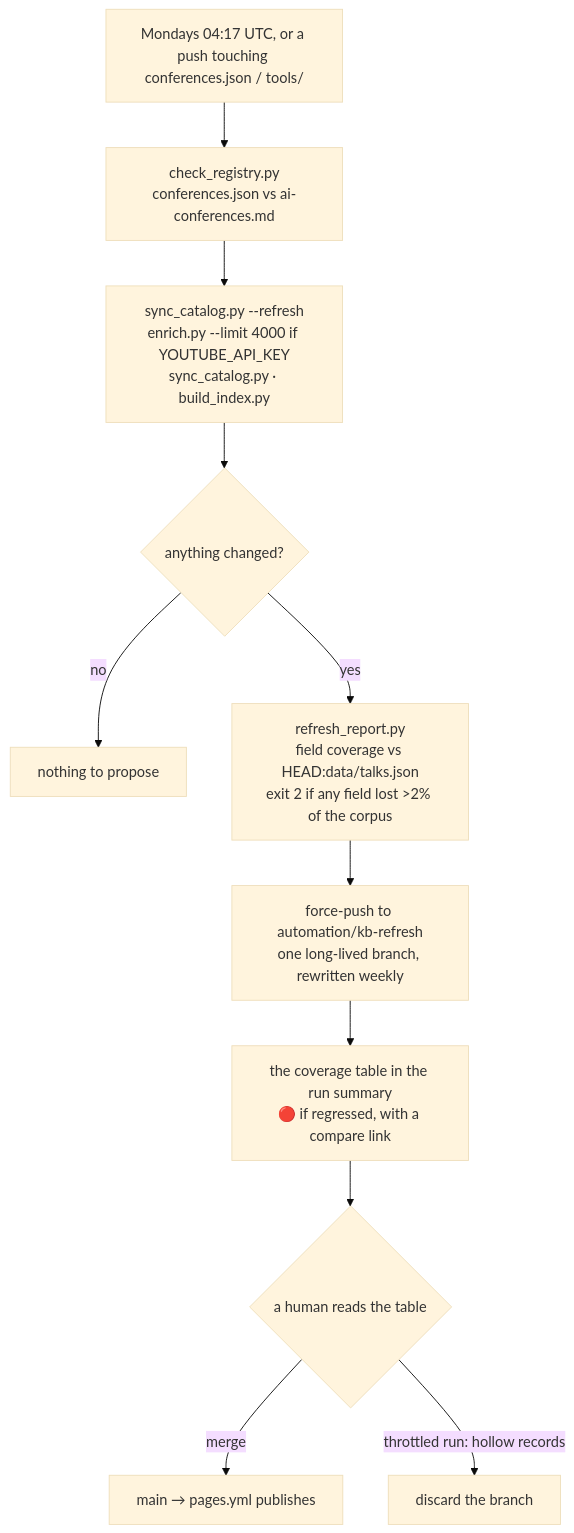
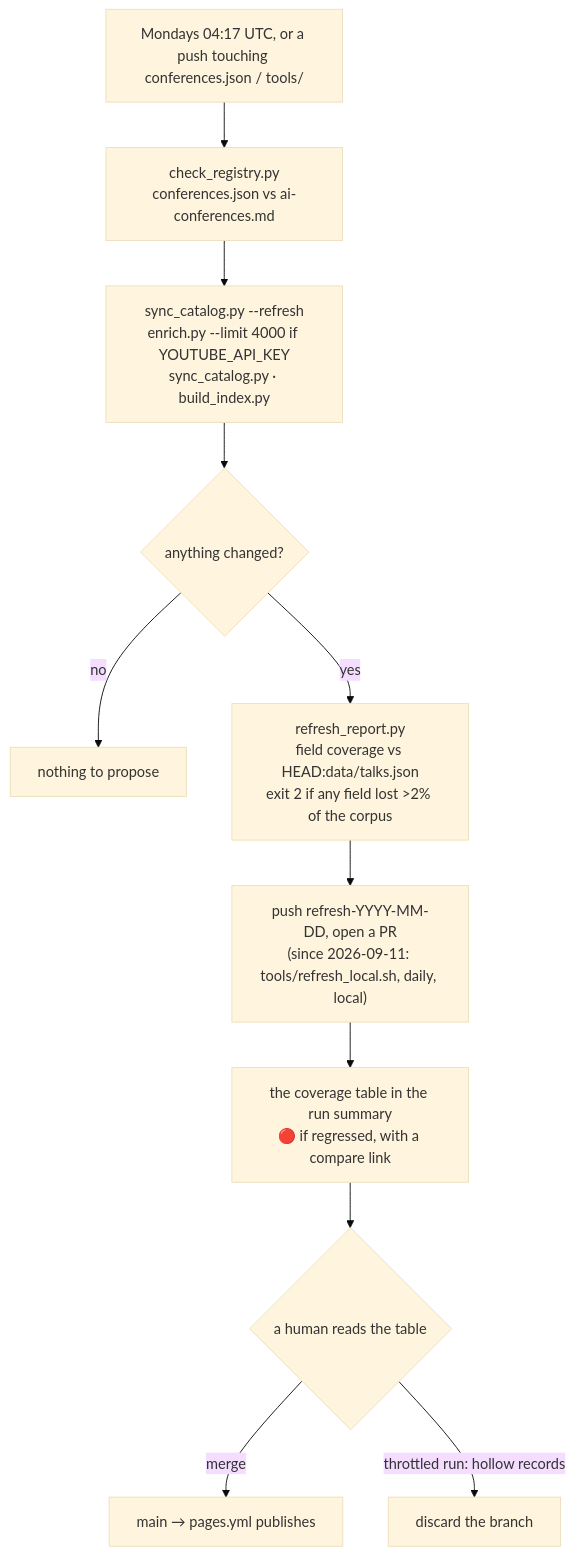
Diagram 18 of 18 in docs/ARCHITECTURE.md (ppruchnerovic/ai-talks-universe), drawn with Mermaid (base theme) before and after one commit. The commit also changed 14 other files, not shown here.

First line of the commit message:
Replace the CI refresh with tools/refresh_local.sh, daily via a systemd user timer

````diff
--- a/docs/ARCHITECTURE.md
+++ b/docs/ARCHITECTURE.md
@@ -632,13 +632,13 @@
 ```mermaid
 flowchart TD
     CRON["Mondays 04:17 UTC, or a push touching conferences.json / tools/"] --> CHK["check_registry.py<br/>conferences.json vs ai-conferences.md"]
     CHK --> REF["sync_catalog.py --refresh<br/>enrich.py --limit 4000 if YOUTUBE_API_KEY<br/>sync_catalog.py · build_index.py"]
     REF --> CH{"anything changed?"}
     CH -- no --> END["nothing to propose"]
     CH -- yes --> REP["refresh_report.py<br/>field coverage vs HEAD:data/talks.json<br/>exit 2 if any field lost &gt;2% of the corpus"]
-    REP --> PUSHB["force-push to automation/kb-refresh<br/>one long-lived branch, rewritten weekly"]
+    REP --> PUSHB["push refresh-YYYY-MM-DD, open a PR<br/>(since 2026-09-11: tools/refresh_local.sh, daily, local)"]
     PUSHB --> SUM["the coverage table in the run summary<br/>🔴 if regressed, with a compare link"]
     SUM --> HUMAN{"a human reads the table"}
     HUMAN -- "merge" --> MAIN["main → pages.yml publishes"]
     HUMAN -- "throttled run: hollow records" --> DISCARD["discard the branch"]
 ```
````
